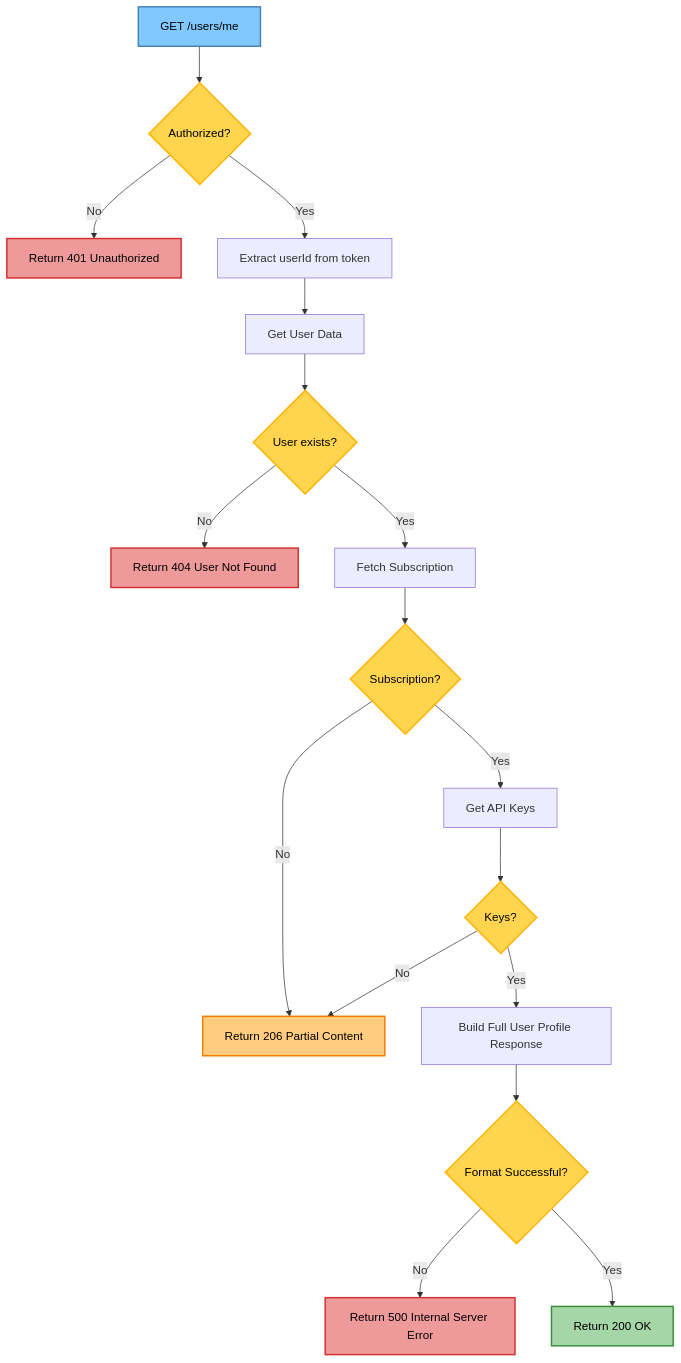
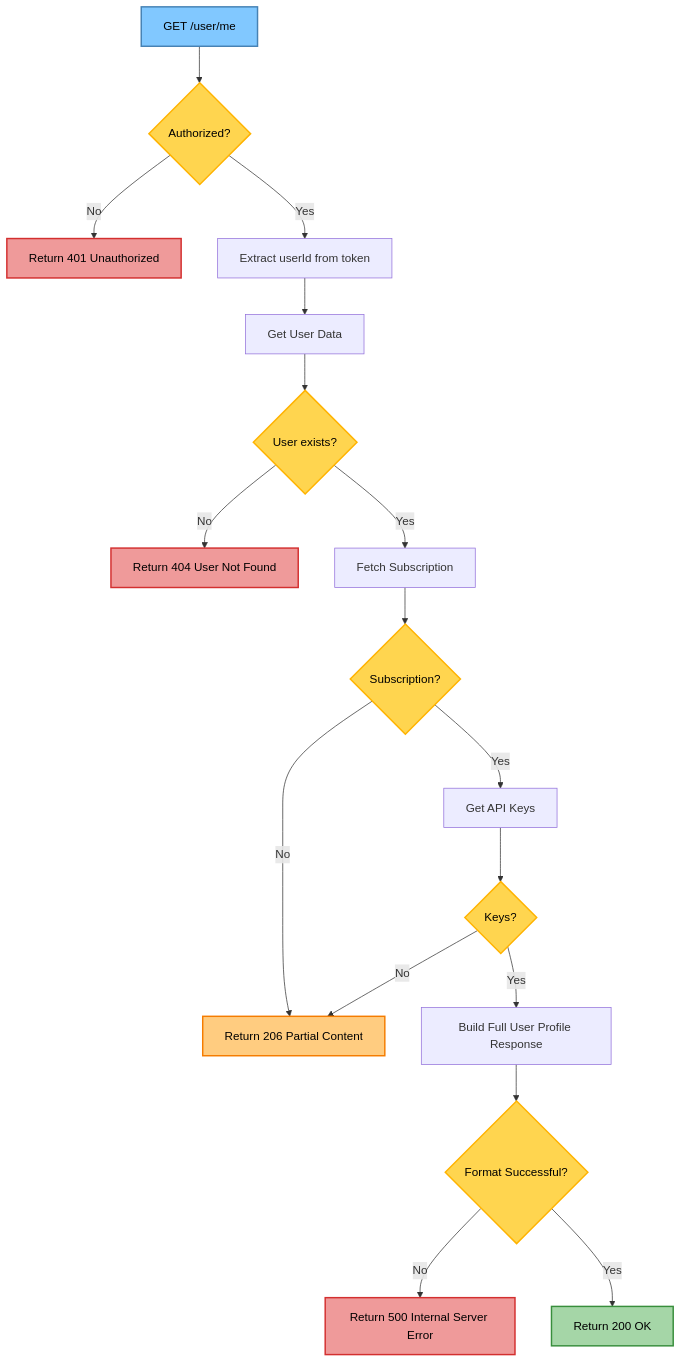
The first of 7 diagrams in temp.md (biplab-sutradhar/diagram), drawn with Mermaid before and after one commit. The commit also changed other lines of this file, not shown here.

````diff
--- a/temp.md
+++ b/temp.md
@@ -46,39 +484,39 @@
 ```mermaid
  flowchart TD
-%% API Flow: GET /users/me
-Start[GET /users/me] --> Auth{Authorized?}
+%% API Flow: GET /user/me
+Start[GET /user/me] --> Auth{Authorized?}
 
 Auth -->|No| Auth401[Return 401 Unauthorized]
 Auth -->|Yes| ExtractUserId[Extract userId from token]
 
 ExtractUserId --> GetUser[Get User Data]
 GetUser --> UserExists{User exists?}
 
 UserExists -->|No| User404[Return 404 User Not Found]
 UserExists -->|Yes| GetSubscription[Fetch Subscription]
 
 GetSubscription --> SubExists{Subscription?}
 SubExists -->|No| Partial206[Return 206 Partial Content]
 SubExists -->|Yes| GetKeys[Get API Keys]
 
 GetKeys --> KeysFound{Keys?}
 KeysFound -->|No| Partial206
 KeysFound -->|Yes| FormatData[Build Full User Profile Response]
 
 FormatData --> FormatSuccess{Format Successful?}
 FormatSuccess -->|No| FormatError500[Return 500 Internal Server Error]
 FormatSuccess -->|Yes| Success200[Return 200 OK]
 
 classDef startEnd fill:#81C8FF,stroke:#4682B4,stroke-width:2px,color:#000;
 classDef decision fill:#FFD54F,stroke:#FFB300,stroke-width:2px,color:#000;
 classDef success fill:#A5D6A7,stroke:#388E3C,stroke-width:2px,color:#000;
 classDef error fill:#EF9A9A,stroke:#D32F2F,stroke-width:2px,color:#000;
 classDef warning fill:#FFCC80,stroke:#F57C00,stroke-width:2px,color:#000;
 
 class Start,Success200 startEnd
 class Auth,UserExists,SubExists,KeysFound,FormatSuccess decision
 class Success200 success
 class Auth401,User404,FormatError500 error
 class Partial206 warning
 
 ``` 
````
